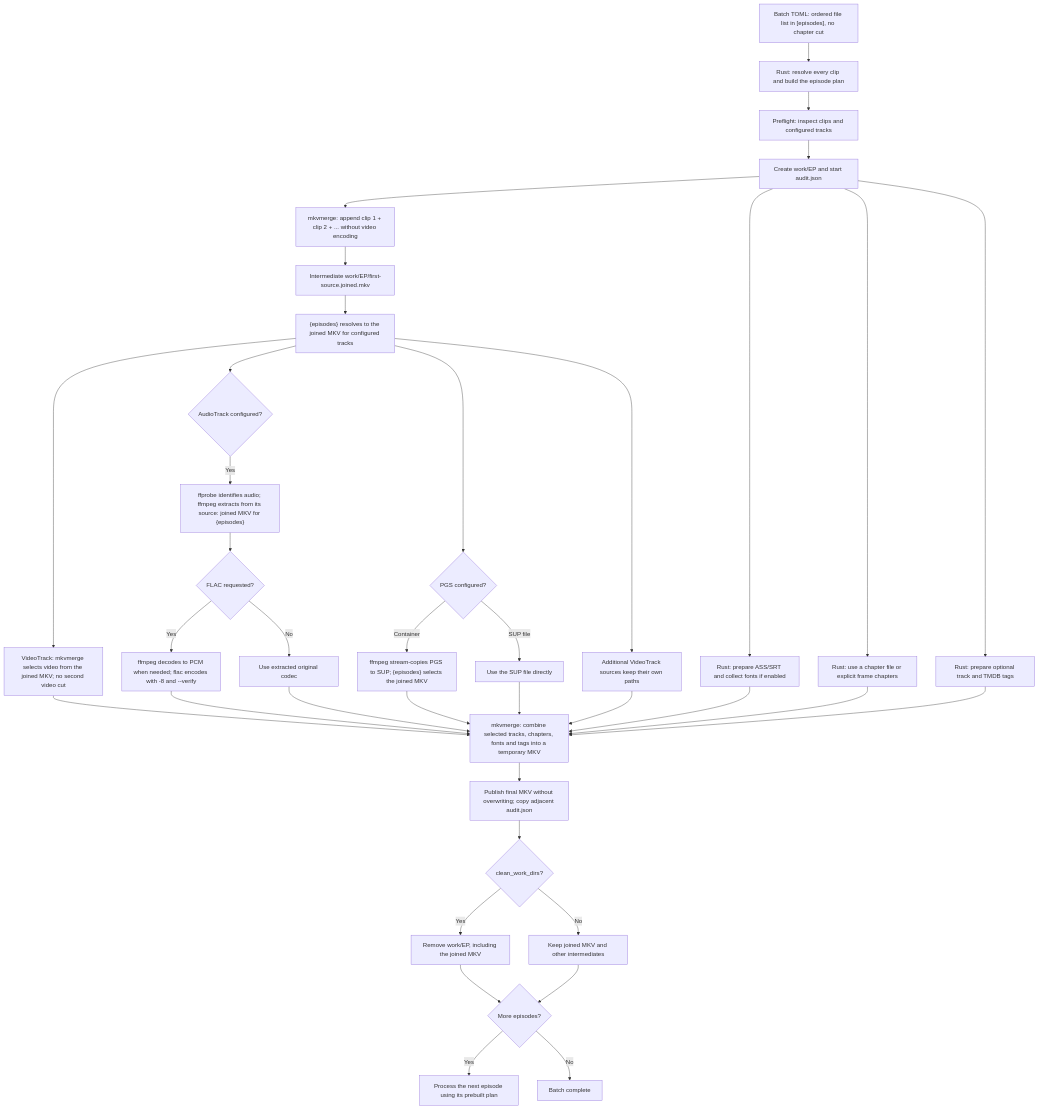
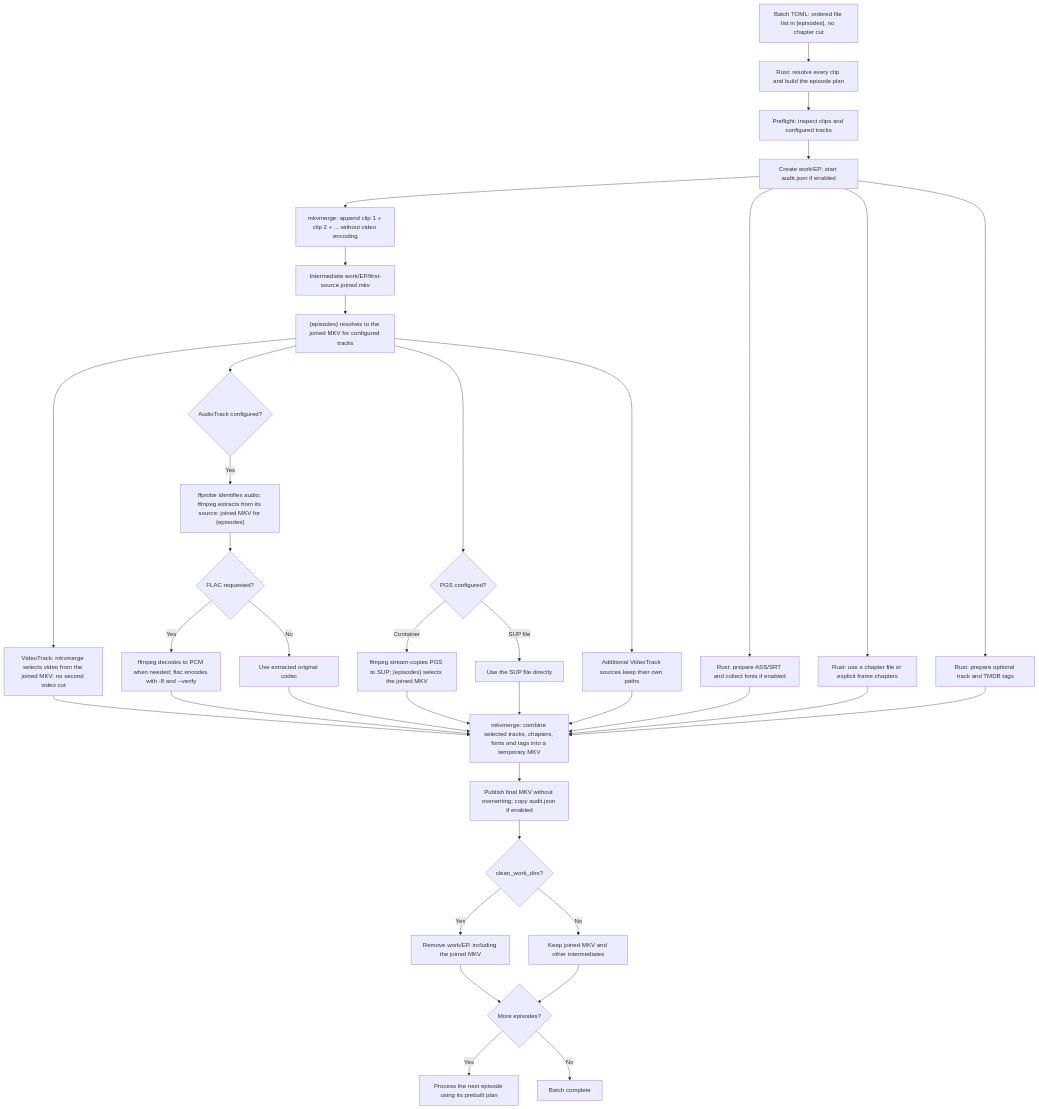
One commit to IncYami/muxcraft changed the diagram in docs/multi-part-flow.mmd. Above: the diagram before and after it, drawn with Mermaid. The commit also changed 13 other files, not shown here.

```diff
--- a/docs/multi-part-flow.mmd
+++ b/docs/multi-part-flow.mmd
@@ -1,37 +1,37 @@
 flowchart TD
     A["Batch TOML: ordered file list in [episodes], no chapter cut"] --> B["Rust: resolve every clip and build the episode plan"]
     B --> C["Preflight: inspect clips and configured tracks"]
-    C --> W["Create work/EP and start audit.json"]
+    C --> W["Create work/EP; start audit.json if enabled"]
     W --> JOIN["mkvmerge: append clip 1 + clip 2 + ... without video encoding"]
     JOIN --> JFILE["Intermediate work/EP/first-source.joined.mkv"]
     JFILE --> VAR["{episodes} resolves to the joined MKV for configured tracks"]
     VAR --> V["VideoTrack: mkvmerge selects video from the joined MKV; no second video cut"]
     VAR --> AU{"AudioTrack configured?"}
     AU -- Yes --> AX["ffprobe identifies audio; ffmpeg extracts from its source: joined MKV for {episodes}"]
     AX --> AC{"FLAC requested?"}
     AC -- Yes --> FL["ffmpeg decodes to PCM when needed; flac encodes with -8 and --verify"]
     AC -- No --> CP["Use extracted original codec"]
     VAR --> PG{"PGS configured?"}
     PG -- Container --> PX["ffmpeg stream-copies PGS to SUP; {episodes} selects the joined MKV"]
     PG -- SUP file --> PD["Use the SUP file directly"]
     VAR --> OTHER["Additional VideoTrack sources keep their own paths"]
     W --> SUB["Rust: prepare ASS/SRT and collect fonts if enabled"]
     W --> CH["Rust: use a chapter file or explicit frame chapters"]
     W --> TAG["Rust: prepare optional track and TMDB tags"]
     V --> MX["mkvmerge: combine selected tracks, chapters, fonts and tags into a temporary MKV"]
     FL --> MX
     CP --> MX
     PX --> MX
     PD --> MX
     OTHER --> MX
     SUB --> MX
     CH --> MX
     TAG --> MX
-    MX --> OUT["Publish final MKV without overwriting; copy adjacent audit.json"]
+    MX --> OUT["Publish final MKV without overwriting; copy audit.json if enabled"]
     OUT --> CLEAN{"clean_work_dirs?"}
     CLEAN -- Yes --> RM["Remove work/EP, including the joined MKV"]
     CLEAN -- No --> KEEP["Keep joined MKV and other intermediates"]
     RM --> NEXT{"More episodes?"}
     KEEP --> NEXT
     NEXT -- Yes --> REPEAT["Process the next episode using its prebuilt plan"]
     NEXT -- No --> DONE["Batch complete"]
```
